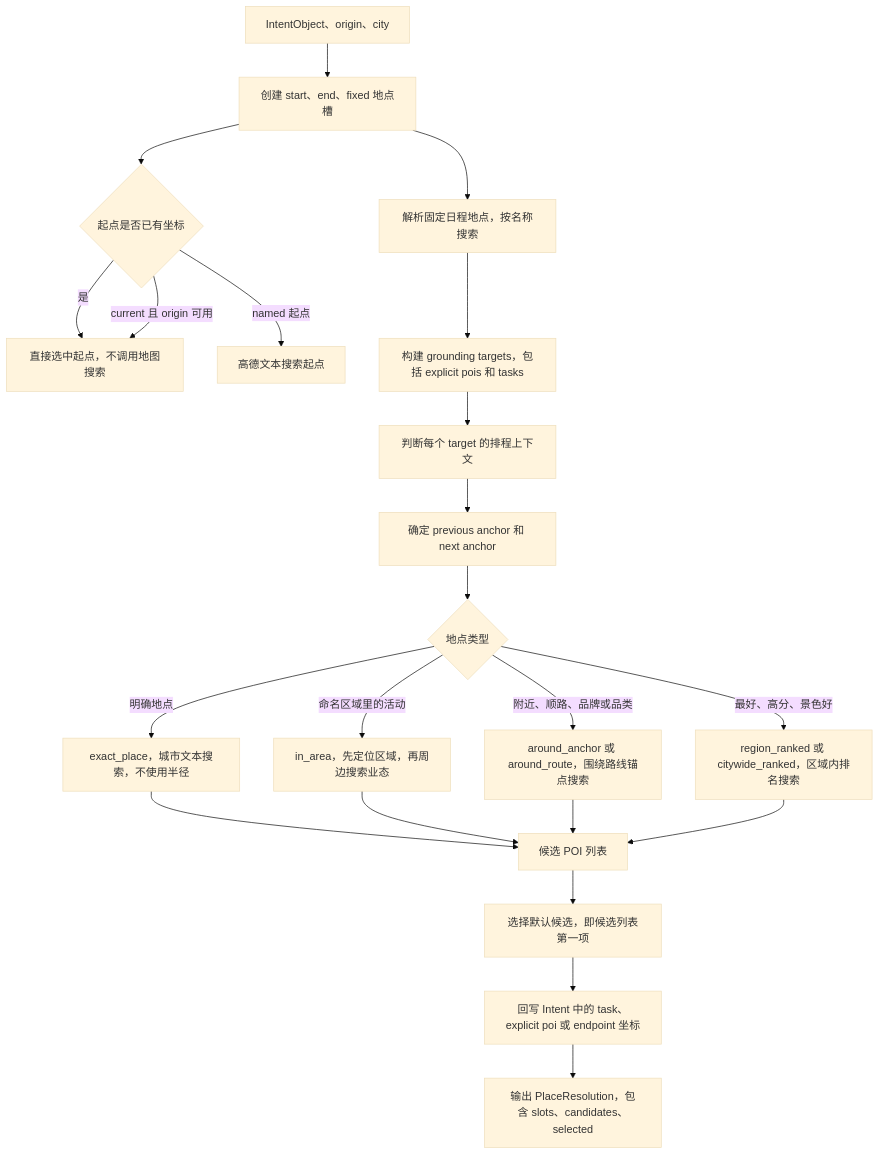
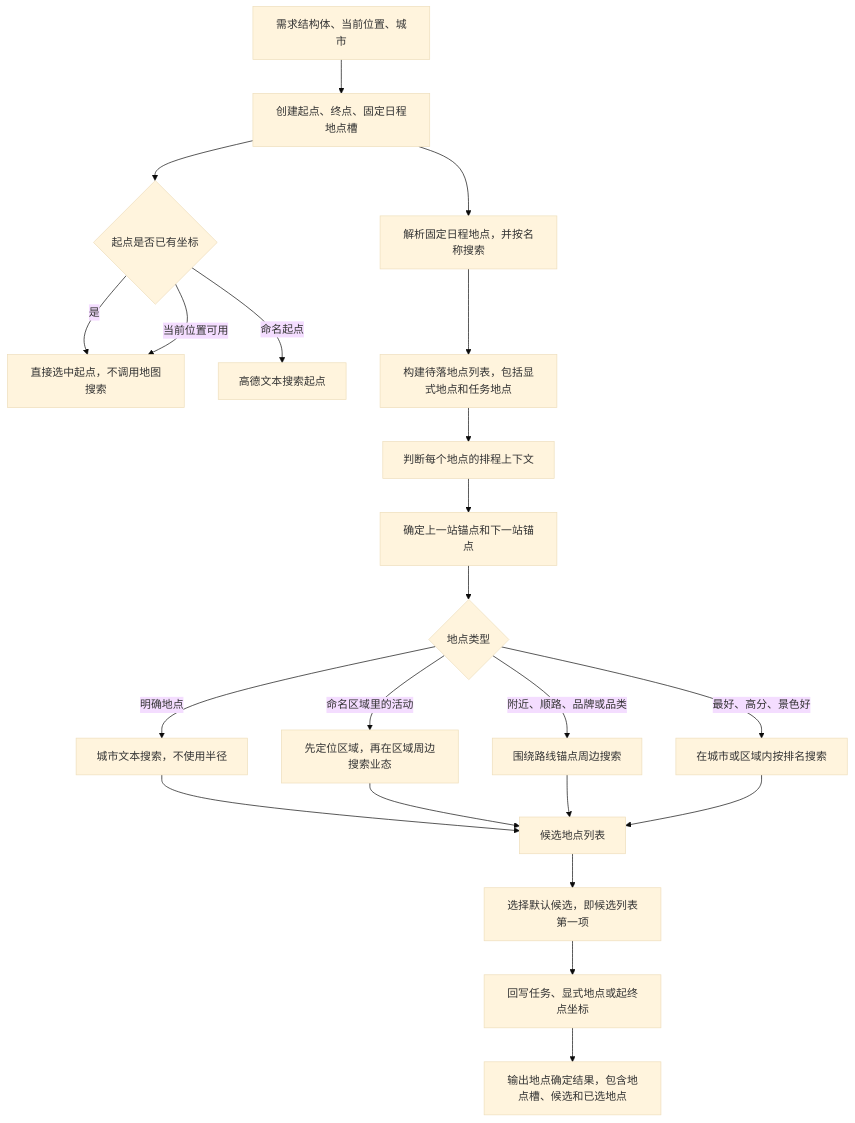
Before and after one commit to zhangm25/LLM-Homework: the fifth of 10 diagrams in docs/SYSTEM_ARCHITECTURE_AND_FLOW.md, drawn with Mermaid (base theme).

Commit message:
docs: avoid mermaid reserved end keyword

````diff
--- a/docs/SYSTEM_ARCHITECTURE_AND_FLOW.md
+++ b/docs/SYSTEM_ARCHITECTURE_AND_FLOW.md
@@ -180,29 +180,29 @@
 ```mermaid
 flowchart TD
-    A[IntentObject、origin、city] --> B[创建 start、end、fixed 地点槽]
-    B --> C{起点是否已有坐标}
-    C -- 是 --> D[直接选中起点，不调用地图搜索]
-    C -- named 起点 --> E[高德文本搜索起点]
-    C -- current 且 origin 可用 --> D
+    A["需求结构体、当前位置、城市"] --> B["创建起点、终点、固定日程地点槽"]
+    B --> C{"起点是否已有坐标"}
+    C -->|是| D["直接选中起点，不调用地图搜索"]
+    C -->|命名起点| E["高德文本搜索起点"]
+    C -->|当前位置可用| D
 
-    B --> F[解析固定日程地点，按名称搜索]
-    F --> G[构建 grounding targets，包括 explicit pois 和 tasks]
+    B --> F["解析固定日程地点，并按名称搜索"]
+    F --> G["构建待落地点列表，包括显式地点和任务地点"]
 
-    G --> H[判断每个 target 的排程上下文]
-    H --> I[确定 previous anchor 和 next anchor]
-    I --> J{地点类型}
+    G --> H["判断每个地点的排程上下文"]
+    H --> I["确定上一站锚点和下一站锚点"]
+    I --> J{"地点类型"}
 
-    J -- 明确地点 --> K[exact_place，城市文本搜索，不使用半径]
-    J -- 命名区域里的活动 --> L[in_area，先定位区域，再周边搜索业态]
-    J -- 附近、顺路、品牌或品类 --> M[around_anchor 或 around_route，围绕路线锚点搜索]
-    J -- 最好、高分、景色好 --> N[region_ranked 或 citywide_ranked，区域内排名搜索]
+    J -->|明确地点| K["城市文本搜索，不使用半径"]
+    J -->|命名区域里的活动| L["先定位区域，再在区域周边搜索业态"]
+    J -->|附近、顺路、品牌或品类| M["围绕路线锚点周边搜索"]
+    J -->|最好、高分、景色好| N["在城市或区域内按排名搜索"]
 
-    K --> O[候选 POI 列表]
+    K --> O["候选地点列表"]
     L --> O
     M --> O
     N --> O
 
-    O --> P[选择默认候选，即候选列表第一项]
-    P --> Q[回写 Intent 中的 task、explicit poi 或 endpoint 坐标]
-    Q --> R[输出 PlaceResolution，包含 slots、candidates、selected]
+    O --> P["选择默认候选，即候选列表第一项"]
+    P --> Q["回写任务、显式地点或起终点坐标"]
+    Q --> R["输出地点确定结果，包含地点槽、候选和已选地点"]
 ```
````
